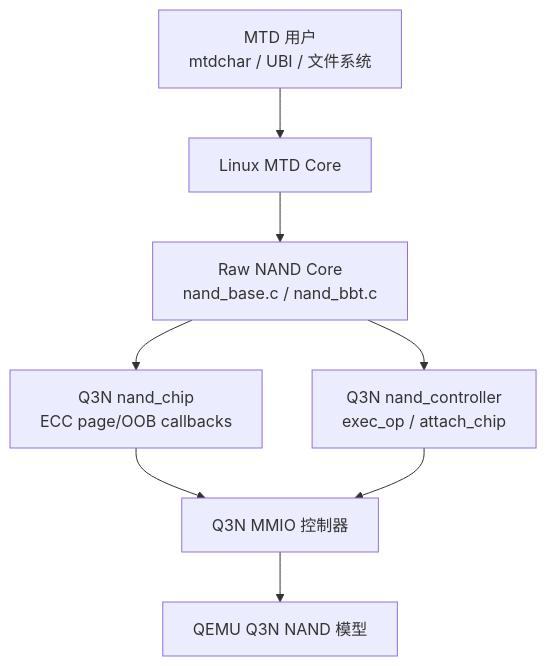
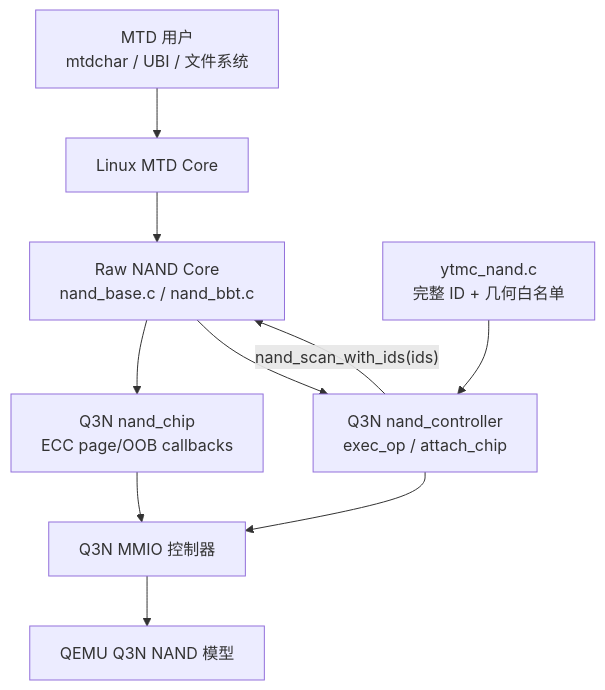
One commit to avenstar65/3dnand_test changed the diagram in docs/superpowers/specs/2026-07-28-q3n-nand-core-ecc-read-retry-design.md. Above: the diagram before and after it, drawn with Mermaid. The commit also changed other lines of this file, not shown here.

Commit message:
docs: define YTMC NAND ID whitelist scan

````diff
--- a/docs/superpowers/specs/2026-07-28-q3n-nand-core-ecc-read-retry-design.md
+++ b/docs/superpowers/specs/2026-07-28-q3n-nand-core-ecc-read-retry-design.md
@@ -70,10 +74,12 @@
 ```mermaid
 flowchart TD
     A["MTD 用户<br/>mtdchar / UBI / 文件系统"] --> B["Linux MTD Core"]
     B --> C["Raw NAND Core<br/>nand_base.c / nand_bbt.c"]
     C --> D["Q3N nand_chip<br/>ECC page/OOB callbacks"]
     C --> E["Q3N nand_controller<br/>exec_op / attach_chip"]
+    H["ytmc_nand.c<br/>完整 ID + 几何白名单"] --> E
+    E -->|"nand_scan_with_ids(ids)"| C
     D --> F["Q3N MMIO 控制器"]
     E --> F
     F --> G["QEMU Q3N NAND 模型"]
 ```
````
